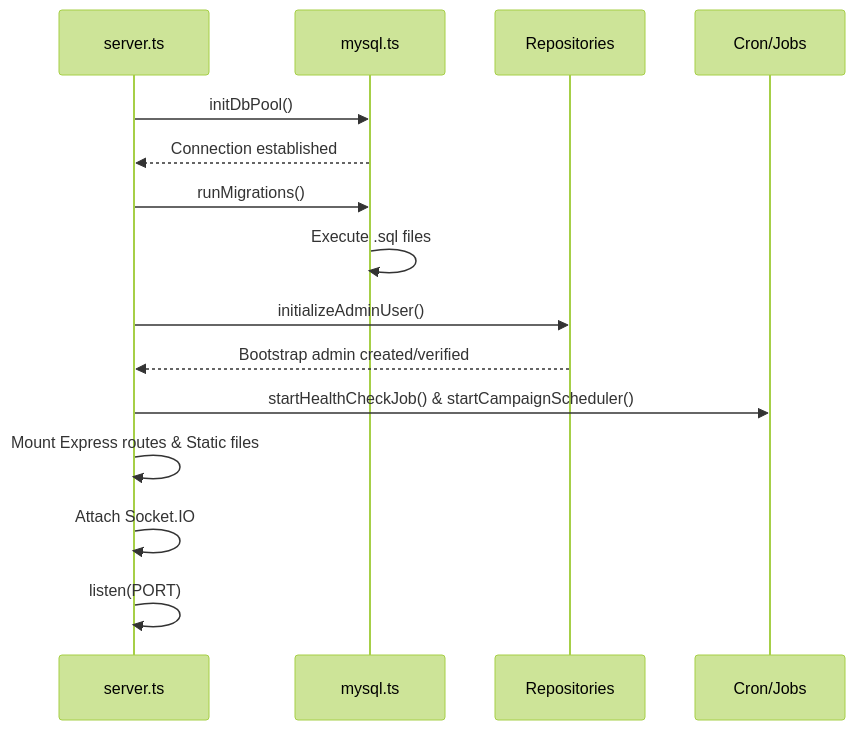
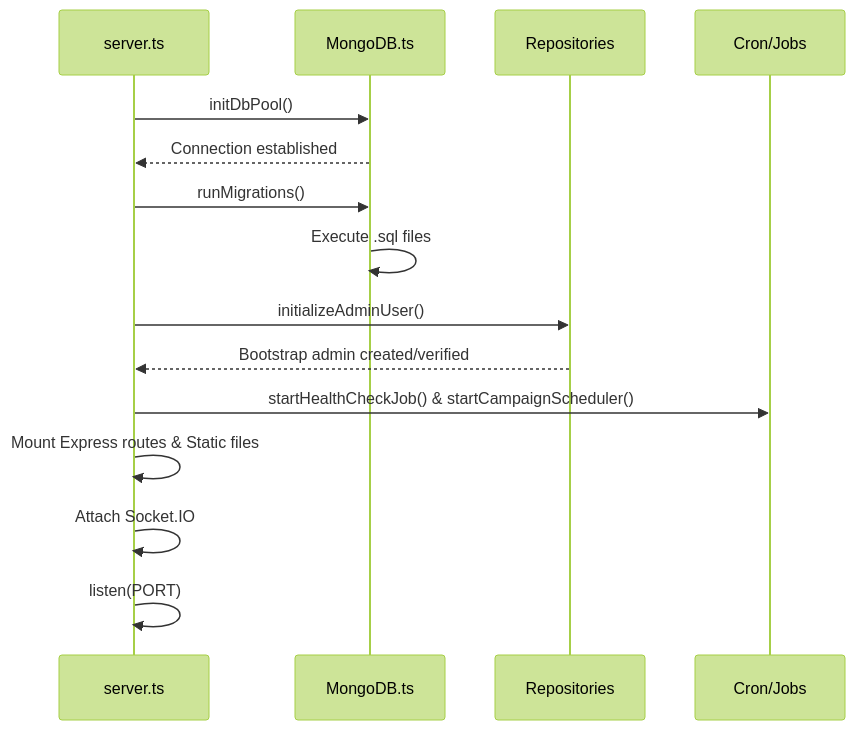
Before and after one commit to Rajkumar1813/JJM: the first of 4 diagrams in backend/BACKEND_FLOW.md, drawn with Mermaid (forest theme). The commit also changed other lines of this file and 91 other files, not shown here.

````diff
--- a/backend/BACKEND_FLOW.md
+++ b/backend/BACKEND_FLOW.md
@@ -71,18 +71,18 @@
 ```mermaid
 sequenceDiagram
     participant S as server.ts
-    participant DB as mysql.ts
+    participant DB as MongoDB.ts
     participant R as Repositories
     participant C as Cron/Jobs
     
     S->>DB: initDbPool()
     DB-->>S: Connection established
     S->>DB: runMigrations()
     DB->>DB: Execute .sql files
     S->>R: initializeAdminUser()
     R-->>S: Bootstrap admin created/verified
     S->>C: startHealthCheckJob() & startCampaignScheduler()
     S->>S: Mount Express routes & Static files
     S->>S: Attach Socket.IO
     S->>S: listen(PORT)
 ```
````
